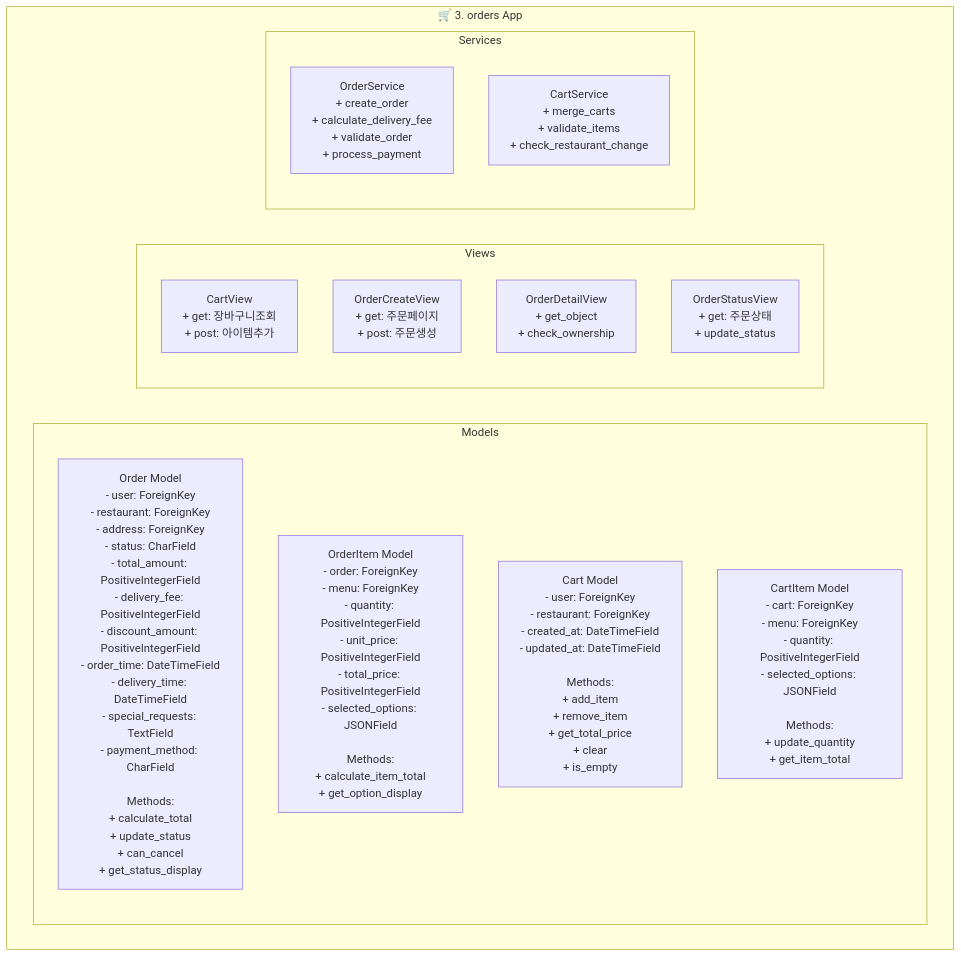
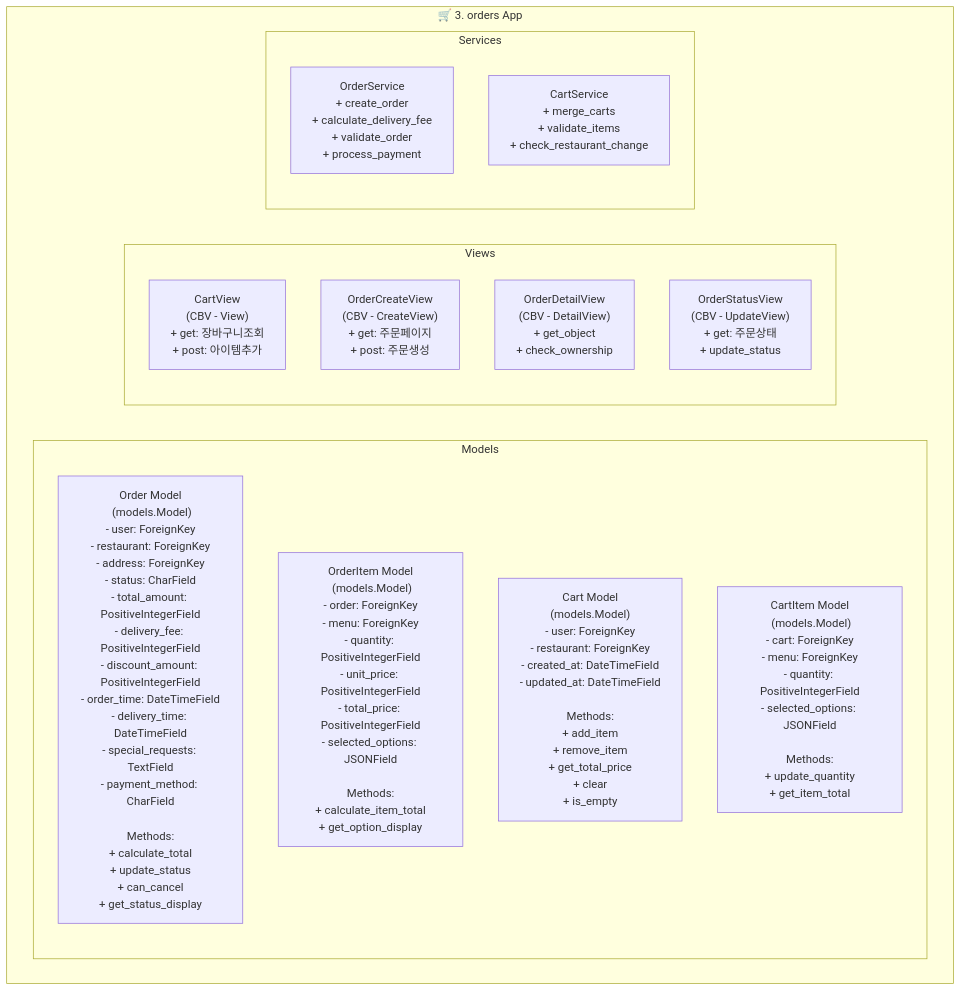
Before and after one commit to jhj1111/sessac_shoping_web: the diagram in apps/orders/README.md, drawn with Mermaid. The commit also changed other lines of this file, not shown here.

````diff
--- a/apps/orders/README.md
+++ b/apps/orders/README.md
@@ -2,23 +2,23 @@
 ```mermaid
 graph TB
     subgraph "🛒 3. orders App"
         subgraph "Models"
-            C1[Order Model<br/>- user: ForeignKey<br/>- restaurant: ForeignKey<br/>- address: ForeignKey<br/>- status: CharField<br/>- total_amount: PositiveIntegerField<br/>- delivery_fee: PositiveIntegerField<br/>- discount_amount: PositiveIntegerField<br/>- order_time: DateTimeField<br/>- delivery_time: DateTimeField<br/>- special_requests: TextField<br/>- payment_method: CharField<br/><br/>Methods:<br/>+ calculate_total<br/>+ update_status<br/>+ can_cancel<br/>+ get_status_display]
-            C2[OrderItem Model<br/>- order: ForeignKey<br/>- menu: ForeignKey<br/>- quantity: PositiveIntegerField<br/>- unit_price: PositiveIntegerField<br/>- total_price: PositiveIntegerField<br/>- selected_options: JSONField<br/><br/>Methods:<br/>+ calculate_item_total<br/>+ get_option_display]
-            C3[Cart Model<br/>- user: ForeignKey<br/>- restaurant: ForeignKey<br/>- created_at: DateTimeField<br/>- updated_at: DateTimeField<br/><br/>Methods:<br/>+ add_item<br/>+ remove_item<br/>+ get_total_price<br/>+ clear<br/>+ is_empty]
-            C4[CartItem Model<br/>- cart: ForeignKey<br/>- menu: ForeignKey<br/>- quantity: PositiveIntegerField<br/>- selected_options: JSONField<br/><br/>Methods:<br/>+ update_quantity<br/>+ get_item_total]
+            C1["Order Model<br> (models.Model)"<br/>- user: ForeignKey<br/>- restaurant: ForeignKey<br/>- address: ForeignKey<br/>- status: CharField<br/>- total_amount: PositiveIntegerField<br/>- delivery_fee: PositiveIntegerField<br/>- discount_amount: PositiveIntegerField<br/>- order_time: DateTimeField<br/>- delivery_time: DateTimeField<br/>- special_requests: TextField<br/>- payment_method: CharField<br/><br/>Methods:<br/>+ calculate_total<br/>+ update_status<br/>+ can_cancel<br/>+ get_status_display]
+            C2["OrderItem Model<br> (models.Model)"<br/>- order: ForeignKey<br/>- menu: ForeignKey<br/>- quantity: PositiveIntegerField<br/>- unit_price: PositiveIntegerField<br/>- total_price: PositiveIntegerField<br/>- selected_options: JSONField<br/><br/>Methods:<br/>+ calculate_item_total<br/>+ get_option_display]
+            C3["Cart Model<br> (models.Model)"<br/>- user: ForeignKey<br/>- restaurant: ForeignKey<br/>- created_at: DateTimeField<br/>- updated_at: DateTimeField<br/><br/>Methods:<br/>+ add_item<br/>+ remove_item<br/>+ get_total_price<br/>+ clear<br/>+ is_empty]
+            C4["CartItem Model<br> (models.Model)"<br/>- cart: ForeignKey<br/>- menu: ForeignKey<br/>- quantity: PositiveIntegerField<br/>- selected_options: JSONField<br/><br/>Methods:<br/>+ update_quantity<br/>+ get_item_total]
         end
         
         subgraph "Views"
-            C5[CartView<br/>+ get: 장바구니조회<br/>+ post: 아이템추가]
-            C6[OrderCreateView<br/>+ get: 주문페이지<br/>+ post: 주문생성]
-            C7[OrderDetailView<br/>+ get_object<br/>+ check_ownership]
-            C8[OrderStatusView<br/>+ get: 주문상태<br/>+ update_status]
+            C5["CartView<br> (CBV - View)"<br/>+ get: 장바구니조회<br/>+ post: 아이템추가]
+            C6["OrderCreateView<br> (CBV - CreateView)"<br/>+ get: 주문페이지<br/>+ post: 주문생성]
+            C7["OrderDetailView<br> (CBV - DetailView)"<br/>+ get_object<br/>+ check_ownership]
+            C8["OrderStatusView<br> (CBV - UpdateView)"<br/>+ get: 주문상태<br/>+ update_status]
         end
         
         subgraph "Services"
             C9[OrderService<br/>+ create_order<br/>+ calculate_delivery_fee<br/>+ validate_order<br/>+ process_payment]
             C10[CartService<br/>+ merge_carts<br/>+ validate_items<br/>+ check_restaurant_change]
         end
     end
 ```
````
